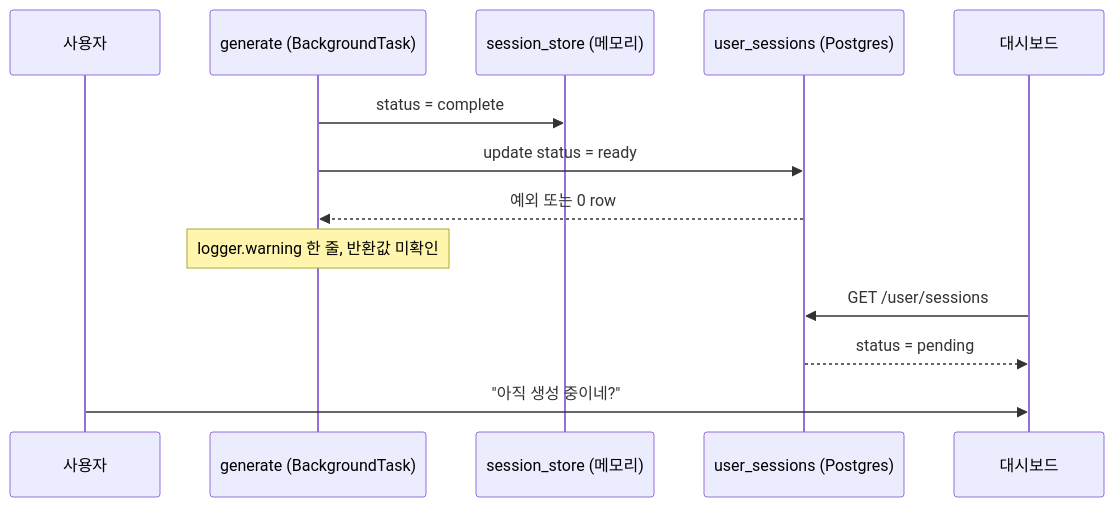
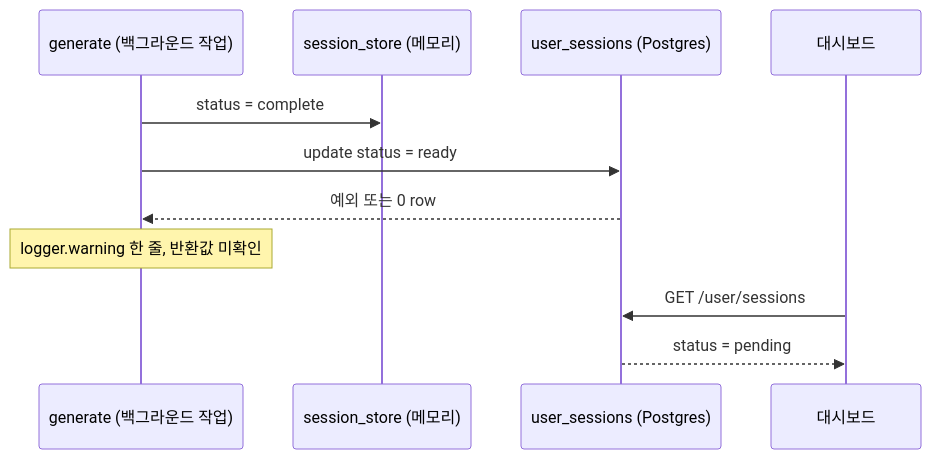
One commit to gary5876/portfolio changed the diagram in _posts/2026-04-15-session-pending-bug.md. Above: the diagram before and after it, drawn with Mermaid. The commit also changed other lines of this file and 7 other files, not shown here.

````diff
--- a/_posts/2026-04-15-session-pending-bug.md
+++ b/_posts/2026-04-15-session-pending-bug.md
@@ -38,15 +28,13 @@
 ```mermaid
 sequenceDiagram
-    participant U as 사용자
-    participant G as generate (BackgroundTask)
+    participant G as generate (백그라운드 작업)
     participant M as session_store (메모리)
     participant D as user_sessions (Postgres)
     participant B as 대시보드
     G->>M: status = complete
     G->>D: update status = ready
     D-->>G: 예외 또는 0 row
     Note over G: logger.warning 한 줄, 반환값 미확인
     B->>D: GET /user/sessions
     D-->>B: status = pending
-    U->>B: "아직 생성 중이네?"
 ```
````
